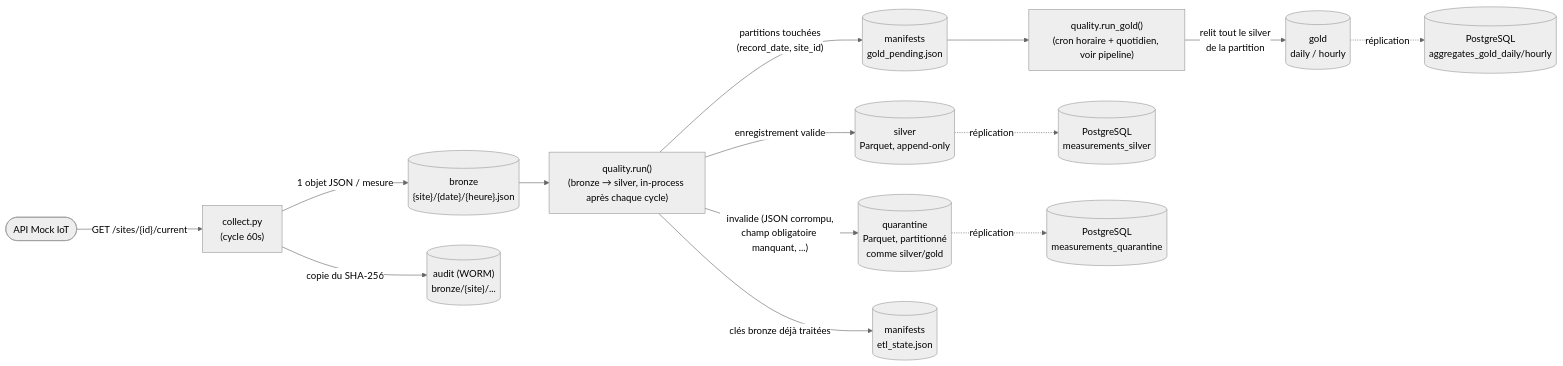
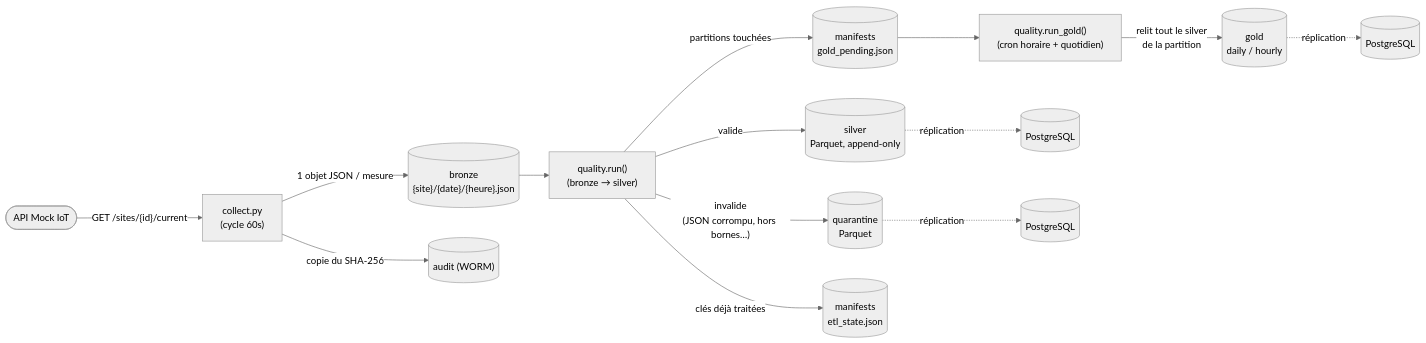
The second of 3 diagrams in README.md (EnerVisionENI/enervision), drawn with Mermaid (neutral theme) before and after one commit. The commit also changed other lines of this file and 51 other files, not shown here.

````diff
--- a/README.md
+++ b/README.md
@@ -84,21 +133,21 @@
 ```mermaid
 flowchart LR
     iot(["API Mock IoT"]) -->|"GET /sites/{id}/current"| collect["collect.py<br/>(cycle 60s)"]
 
     collect -->|"1 objet JSON / mesure"| bronze[("bronze<br/>{site}/{date}/{heure}.json")]
-    collect -->|"copie du SHA-256"| audit[("audit (WORM)<br/>bronze/{site}/...")]
+    collect -->|"copie du SHA-256"| audit[("audit (WORM)")]
 
-    bronze --> run["quality.run()<br/>(bronze → silver, in-process après chaque cycle)"]
+    bronze --> run["quality.run()<br/>(bronze → silver)"]
 
-    run -->|enregistrement valide| silver[("silver<br/>Parquet, append-only")]
-    run -->|"invalide (JSON corrompu,<br/>champ obligatoire manquant, ...)"| quarantine[("quarantine<br/>Parquet, partitionné<br/>comme silver/gold")]
-    run -->|"partitions touchées<br/>(record_date, site_id)"| pending[("manifests<br/>gold_pending.json")]
-    run -->|clés bronze déjà traitées| manifests[("manifests<br/>etl_state.json")]
+    run -->|valide| silver[("silver<br/>Parquet, append-only")]
+    run -->|"invalide<br/>(JSON corrompu, hors bornes…)"| quarantine[("quarantine<br/>Parquet")]
+    run -->|"partitions touchées"| pending[("manifests<br/>gold_pending.json")]
+    run -->|clés déjà traitées| manifests[("manifests<br/>etl_state.json")]
 
-    pending --> rungold["quality.run_gold()<br/>(cron horaire + quotidien, voir pipeline)"]
+    pending --> rungold["quality.run_gold()<br/>(cron horaire + quotidien)"]
     rungold -->|"relit tout le silver<br/>de la partition"| gold[("gold<br/>daily / hourly")]
 
-    silver -.->|réplication| pgsilver[("PostgreSQL<br/>measurements_silver")]
-    quarantine -.->|réplication| pgquarantine[("PostgreSQL<br/>measurements_quarantine")]
-    gold -.->|réplication| pggold[("PostgreSQL<br/>aggregates_gold_daily/hourly")]
+    silver -.->|réplication| pgsilver[("PostgreSQL")]
+    gold -.->|réplication| pggold[("PostgreSQL")]
+    quarantine -.->|réplication| pgq[("PostgreSQL")]
 ```
````
